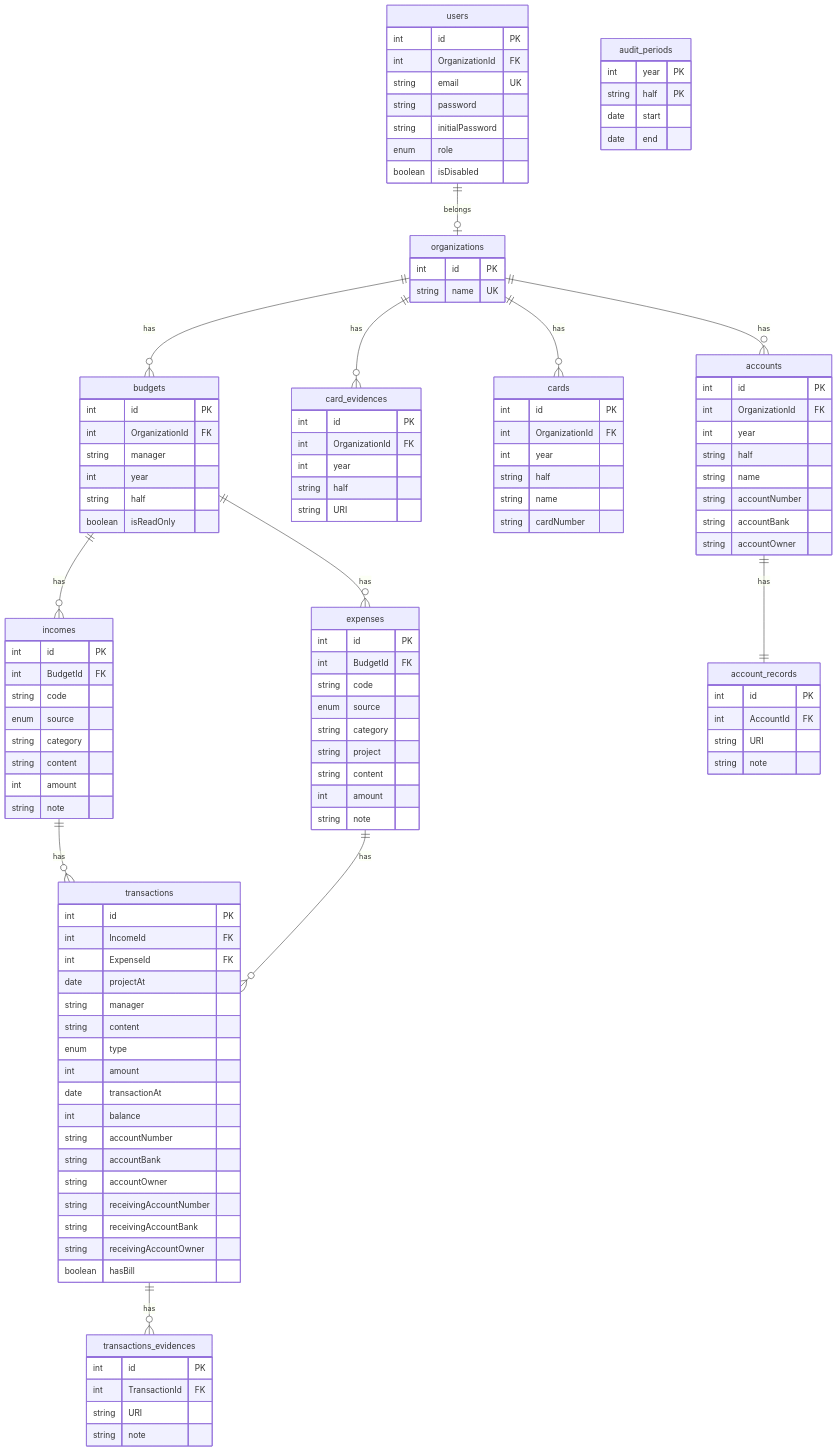
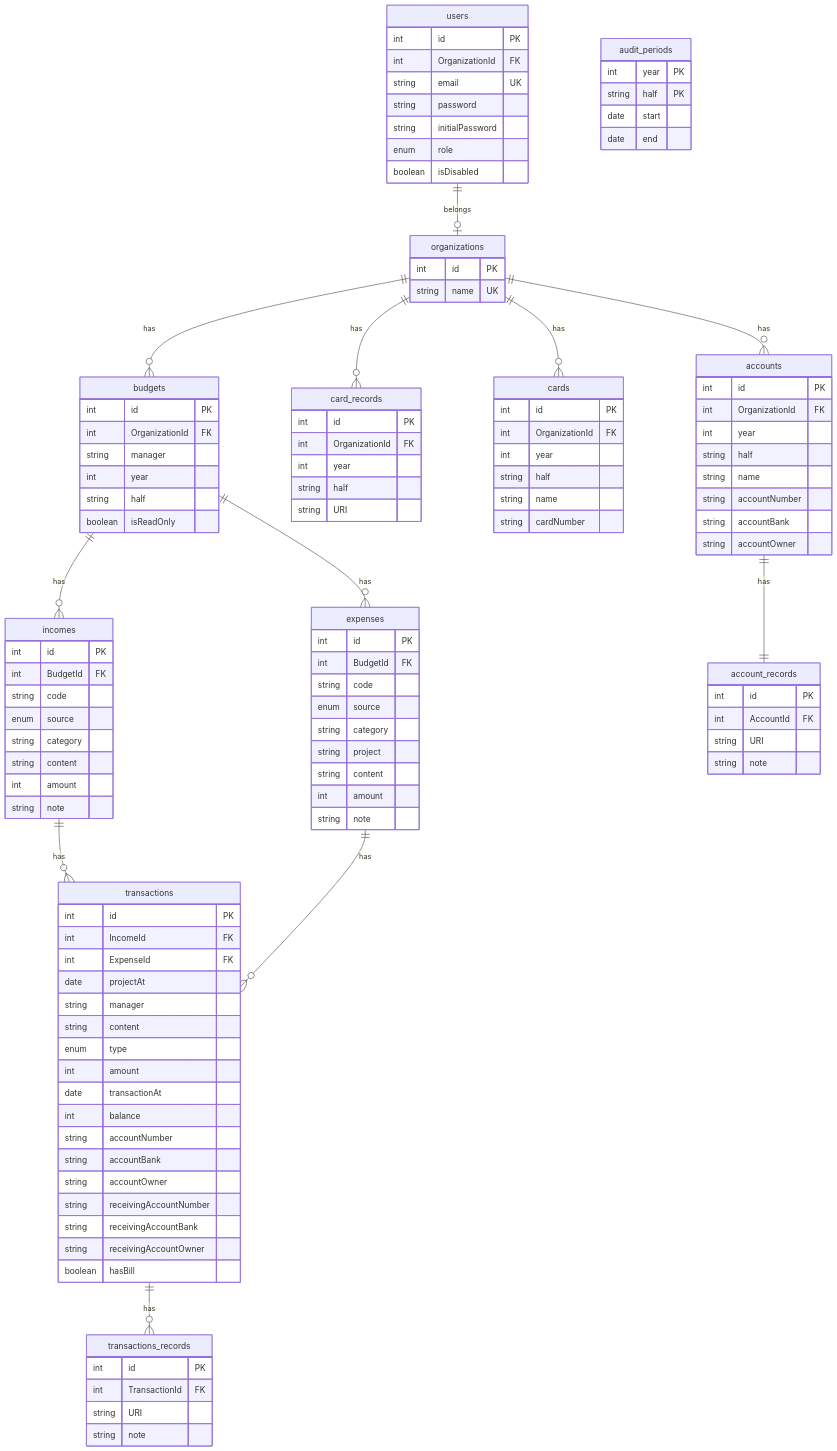
The diagram in README.md (tnqja0227/board-of-audit-and-inspection-system), drawn with Mermaid before and after one commit.

```diff
--- a/README.md
+++ b/README.md
@@ -100,8 +100,8 @@
         string receivingAccountOwner
         boolean hasBill
     }
-    transactions ||--o{ transactions_evidences: has
-    transactions_evidences {
+    transactions ||--o{ transactions_records: has
+    transactions_records {
         int id PK
         int TransactionId FK
         string URI
@@ -113,8 +113,8 @@
         date start
         date end
     }
-    organizations ||--o{ card_evidences: has
-    card_evidences {
+    organizations ||--o{ card_records: has
+    card_records {
         int id PK
         int OrganizationId FK
         int year
```
